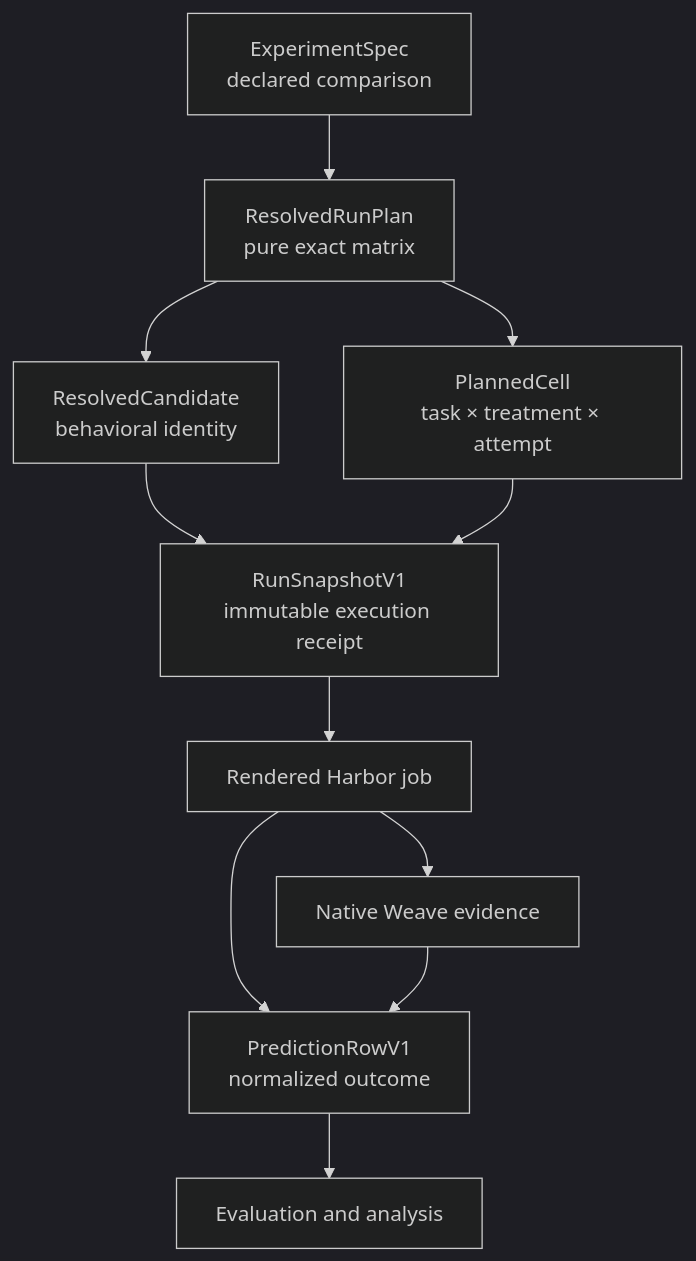
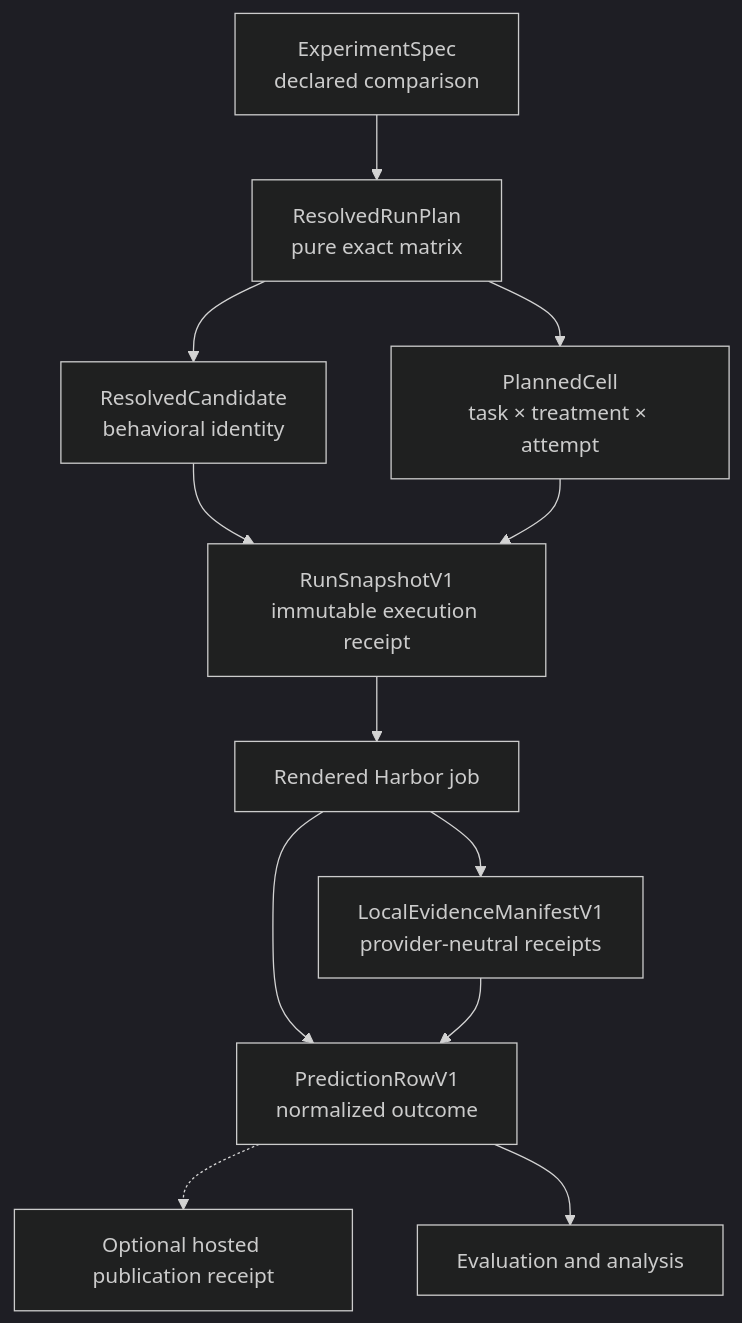
One commit to ash0ts/fugue changed the fourth of 13 diagrams in README.md. Above: the diagram before and after it, drawn with Mermaid (dark theme). The commit also changed other lines of this file and 88 other files, not shown here.

````diff
--- a/README.md
+++ b/README.md
@@ -174,23 +181,25 @@
 ```mermaid
 flowchart TB
     SPEC["ExperimentSpec<br/>declared comparison"]
     PLAN["ResolvedRunPlan<br/>pure exact matrix"]
     CANDIDATE["ResolvedCandidate<br/>behavioral identity"]
     CELL["PlannedCell<br/>task × treatment × attempt"]
     SNAPSHOT["RunSnapshotV1<br/>immutable execution receipt"]
     HARBOR["Rendered Harbor job"]
-    WEAVE["Native Weave evidence"]
+    LOCAL["LocalEvidenceManifestV1<br/>provider-neutral receipts"]
+    WEAVE["Optional hosted publication receipt"]
     ROW["PredictionRowV1<br/>normalized outcome"]
     ANALYSIS["Evaluation and analysis"]
 
     SPEC --> PLAN
     PLAN --> CANDIDATE
     PLAN --> CELL
     CANDIDATE --> SNAPSHOT
     CELL --> SNAPSHOT
     SNAPSHOT --> HARBOR
-    HARBOR --> WEAVE
+    HARBOR --> LOCAL
     HARBOR --> ROW
-    WEAVE --> ROW
+    LOCAL --> ROW
+    ROW -.-> WEAVE
     ROW --> ANALYSIS
 ```
````
